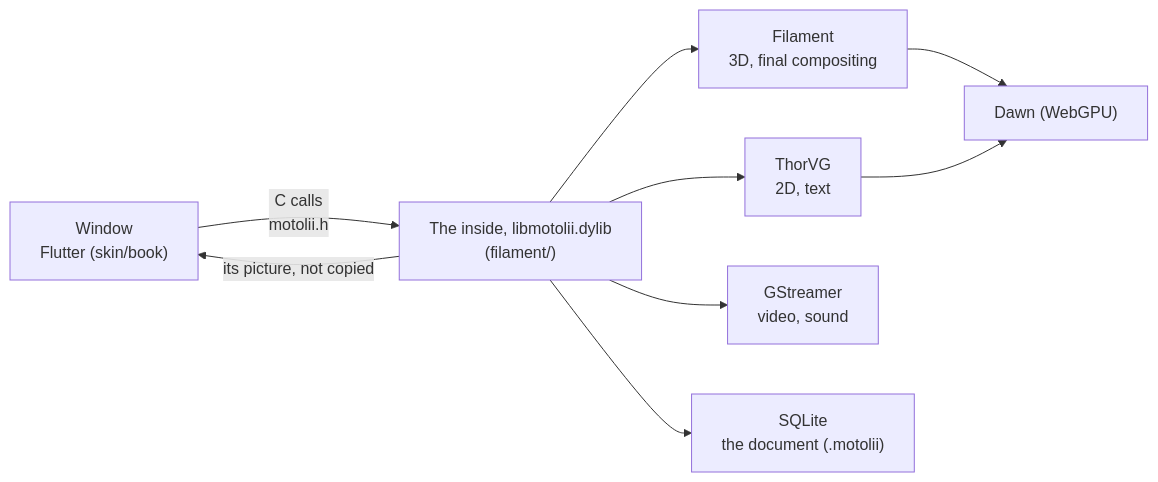
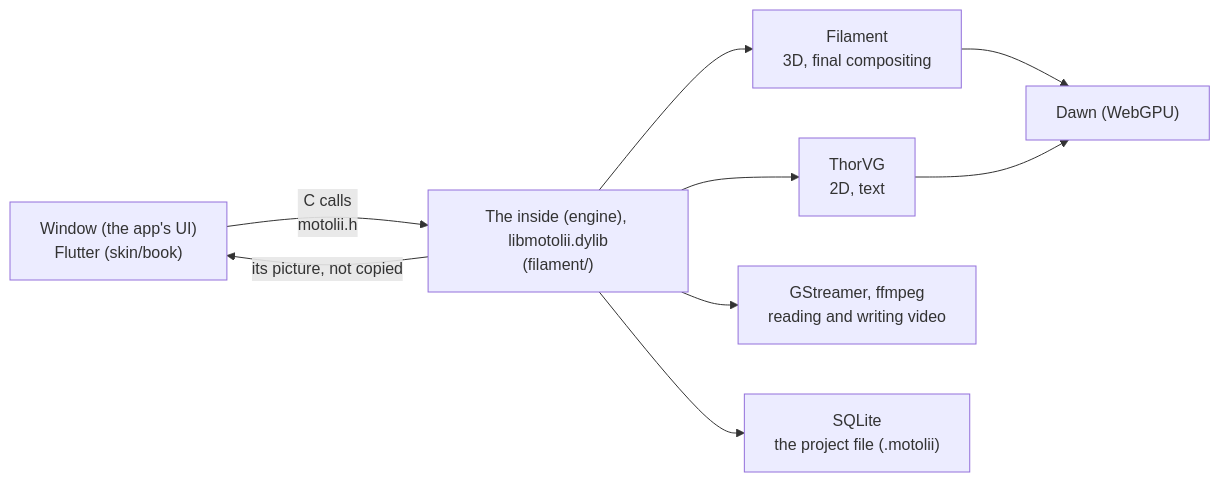
One commit to oshikaidesu/Motolii changed the diagram in README.en.md. Above: the diagram before and after it, drawn with Mermaid. The commit also changed other lines of this file and 16 other files, not shown here.

````diff
--- a/README.en.md
+++ b/README.en.md
@@ -41,11 +53,11 @@
 ```mermaid
 flowchart LR
-  W["Window<br/>Flutter (skin/book)"] -- "C calls<br/>motolii.h" --> E["The inside, libmotolii.dylib<br/>(filament/)"]
+  W["Window (the app's UI)<br/>Flutter (skin/book)"] -- "C calls<br/>motolii.h" --> E["The inside (engine), libmotolii.dylib<br/>(filament/)"]
   E --> F["Filament<br/>3D, final compositing"]
   E --> T["ThorVG<br/>2D, text"]
-  E --> G["GStreamer<br/>video, sound"]
-  E --> S["SQLite<br/>the document (.motolii)"]
+  E --> G["GStreamer, ffmpeg<br/>reading and writing video"]
+  E --> S["SQLite<br/>the project file (.motolii)"]
   F --> D["Dawn (WebGPU)"]
   T --> D
   E -- "its picture, not copied" --> W
 ```
````
